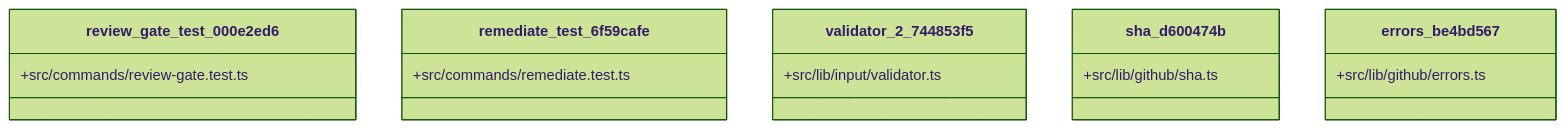
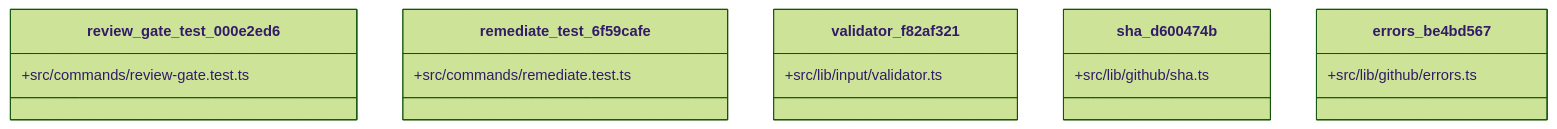
Before and after one commit to jscraik/coding-harness: the second of 5 diagrams in AI/context/diagram-context.md, drawn with Mermaid (forest theme). The commit also changed other lines of this file and 53 other files, not shown here.

````diff
--- a/AI/context/diagram-context.md
+++ b/AI/context/diagram-context.md
@@ -189,18 +145,18 @@
 ```mermaid
 classDiagram
   class review_gate_test_000e2ed6 {
     +src/commands/review-gate.test.ts
   }
   class remediate_test_6f59cafe {
     +src/commands/remediate.test.ts
   }
-  class validator_2_744853f5 {
+  class validator_f82af321 {
     +src/lib/input/validator.ts
   }
   class sha_d600474b {
     +src/lib/github/sha.ts
   }
   class errors_be4bd567 {
     +src/lib/github/errors.ts
   }
 ```
````
